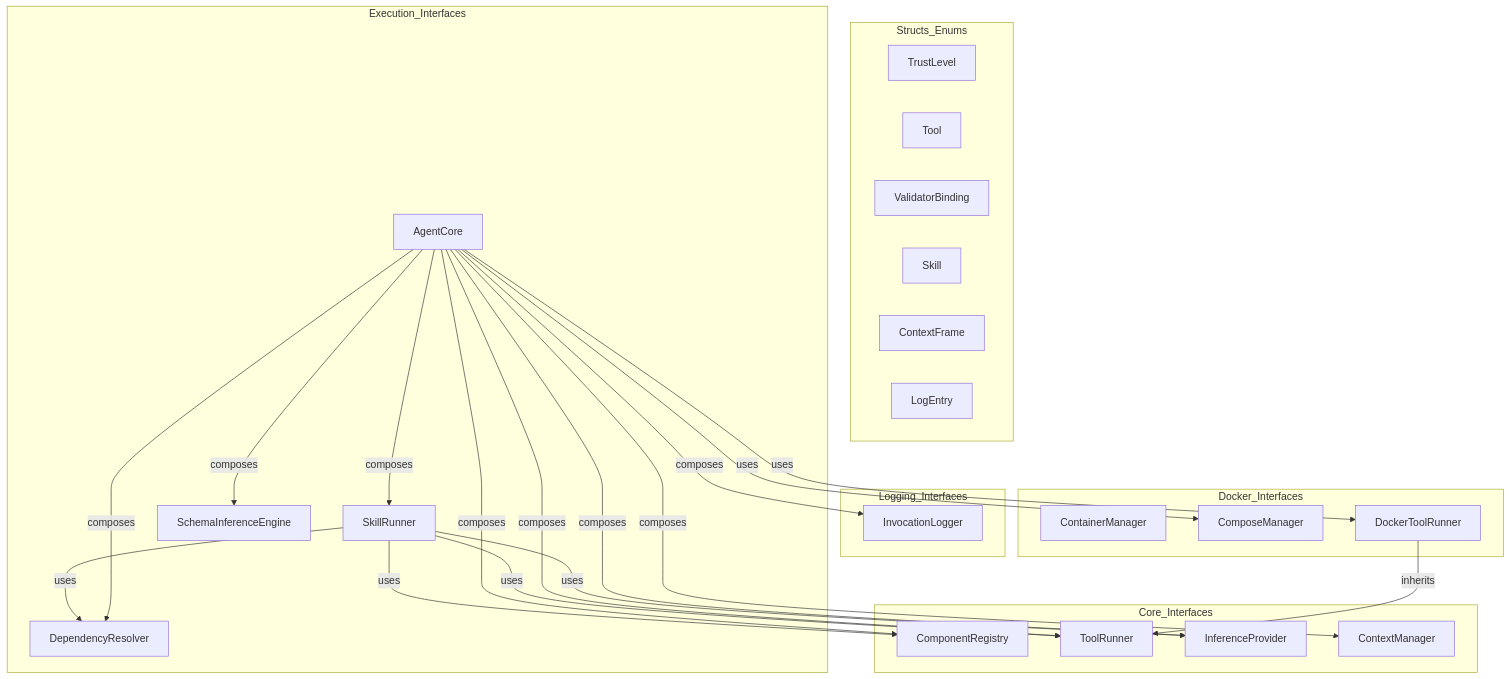
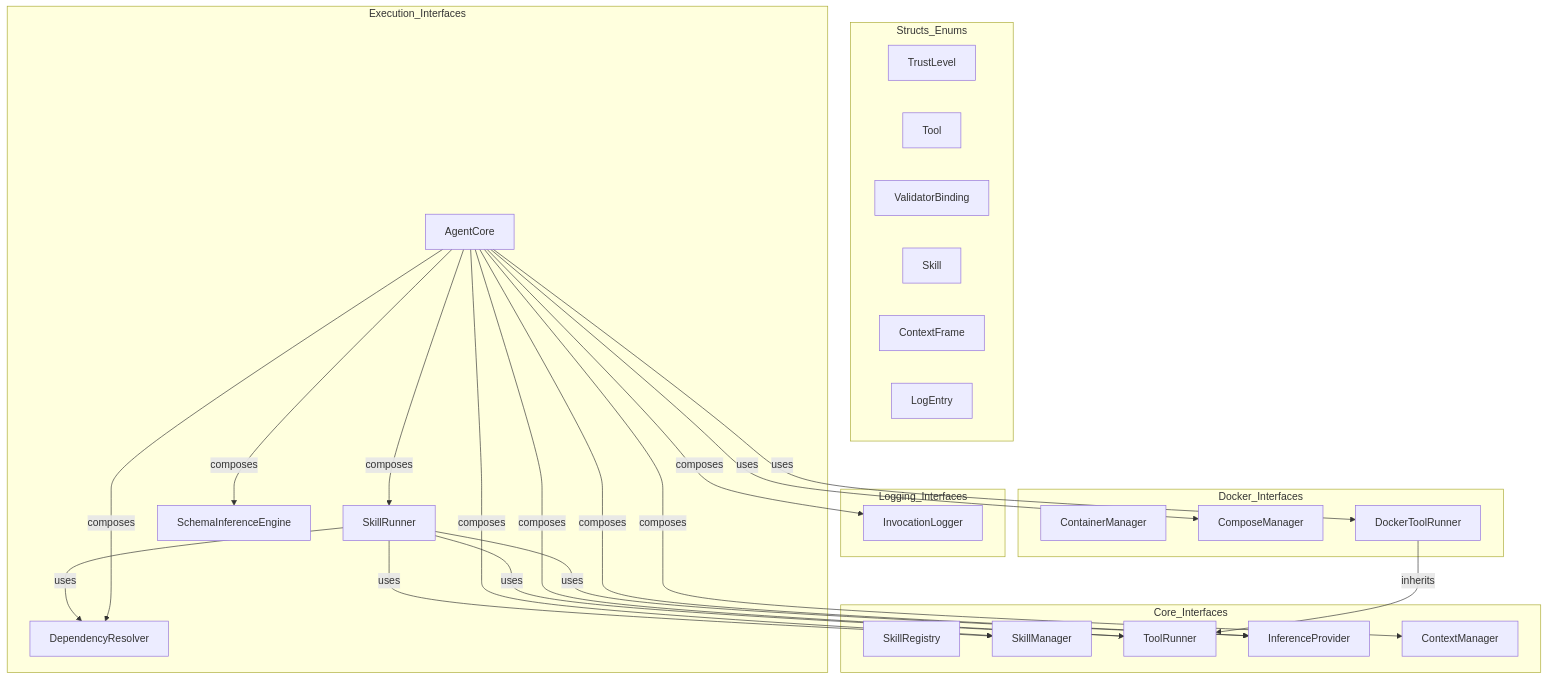
Before and after one commit to opensassi/a0: the first of 2 diagrams in src/agent_interfaces.spec.md, drawn with Mermaid. The commit also changed other lines of this file and 40 other files, not shown here.

````diff
--- a/src/agent_interfaces.spec.md
+++ b/src/agent_interfaces.spec.md
@@ -288,51 +332,52 @@
 ```mermaid
 graph TB
     subgraph Structs_Enums
         TL[TrustLevel]
         T[Tool]
         VB[ValidatorBinding]
         S[Skill]
         CF[ContextFrame]
         LE[LogEntry]
     end
 
     subgraph Core_Interfaces
-        CR[ComponentRegistry]
+        SKR[SkillRegistry]
+        SM[SkillManager]
         TR[ToolRunner]
         IP[InferenceProvider]
         CM[ContextManager]
     end
 
     subgraph Execution_Interfaces
         SR[SkillRunner]
         DR[DependencyResolver]
         SIE[SchemaInferenceEngine]
         AC[AgentCore]
     end
 
     subgraph Logging_Interfaces
         IL[InvocationLogger]
     end
 
     subgraph Docker_Interfaces
         CtrM[ContainerManager]
         CoM[ComposeManager]
         DTR[DockerToolRunner]
     end
 
     DTR -->|inherits| TR
     SR -->|uses| TR
     SR -->|uses| IP
     SR -->|uses| DR
-    SR -->|uses| CR
+    SR -->|uses| SM
     AC -->|composes| SR
-    AC -->|composes| CR
+    AC -->|composes| SM
     AC -->|composes| TR
     AC -->|composes| IP
     AC -->|composes| CM
     AC -->|composes| IL
     AC -->|composes| DR
     AC -->|composes| SIE
     AC -->|uses| DTR
     AC -->|uses| CoM
 ```
````
